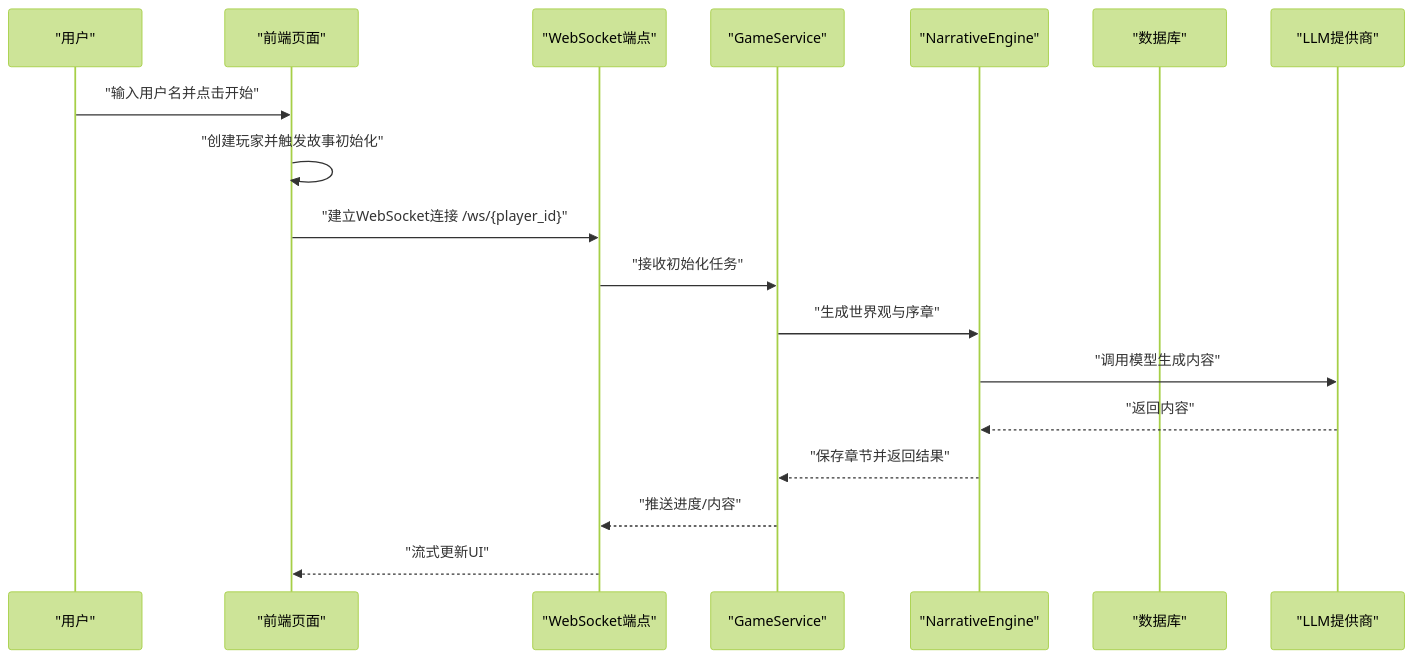
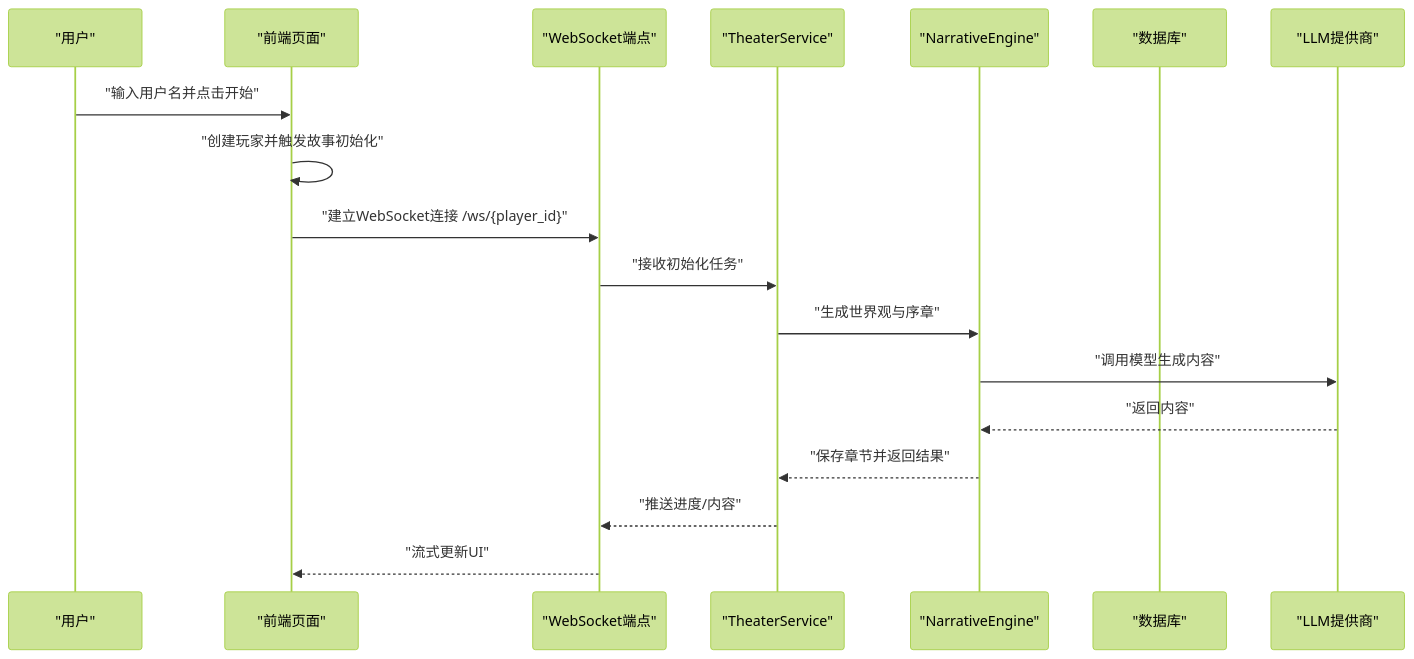
One commit to KunLabAI/KunFlix changed the second of 7 diagrams in .qoder/repowiki/zh/content/故障排除/故障排除.md. Above: the diagram before and after it, drawn with Mermaid (forest theme). The commit also changed other lines of this file and 112 other files, not shown here.

````diff
--- a/.qoder/repowiki/zh/content/故障排除/故障排除.md
+++ b/.qoder/repowiki/zh/content/故障排除/故障排除.md
@@ -79,20 +79,20 @@
 ```mermaid
 sequenceDiagram
 participant U as "用户"
 participant FE as "前端页面"
 participant WS as "WebSocket端点"
-participant SVC as "GameService"
+participant SVC as "TheaterService"
 participant AG as "NarrativeEngine"
 participant DB as "数据库"
 participant LLM as "LLM提供商"
 U->>FE : "输入用户名并点击开始"
 FE->>FE : "创建玩家并触发故事初始化"
 FE->>WS : "建立WebSocket连接 /ws/{player_id}"
 WS->>SVC : "接收初始化任务"
 SVC->>AG : "生成世界观与序章"
 AG->>LLM : "调用模型生成内容"
 LLM-->>AG : "返回内容"
 AG-->>SVC : "保存章节并返回结果"
 SVC-->>WS : "推送进度/内容"
 WS-->>FE : "流式更新UI"
 ```
````
